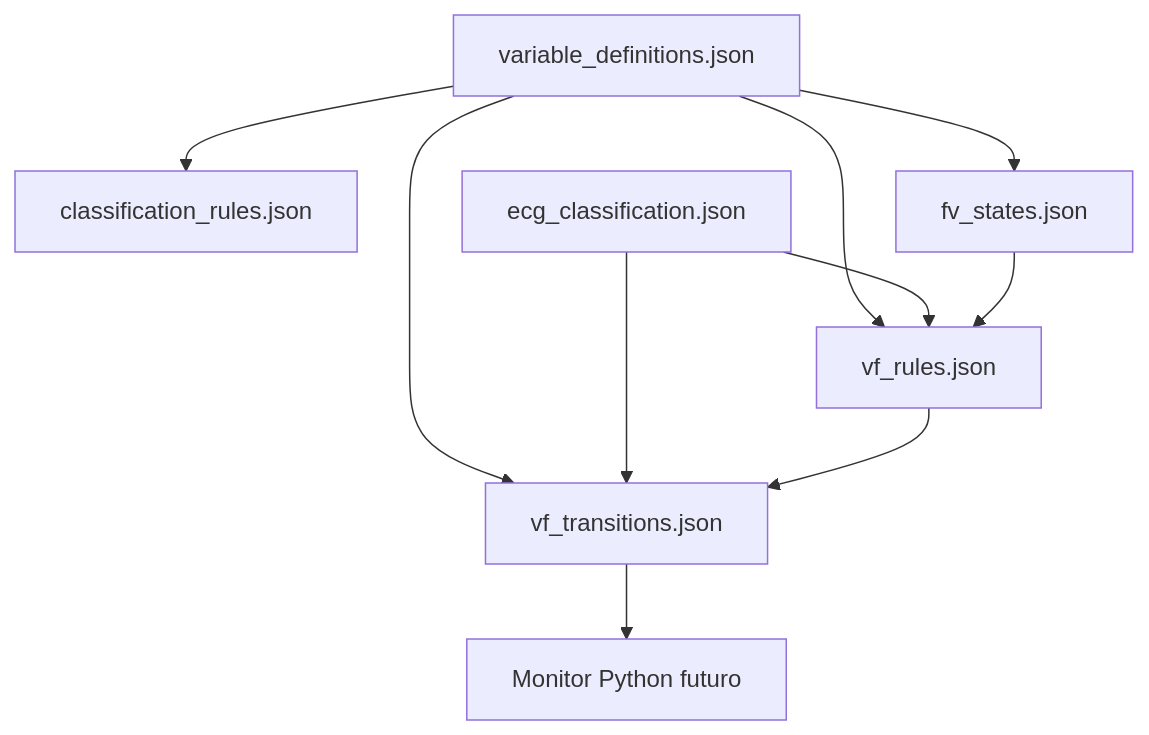
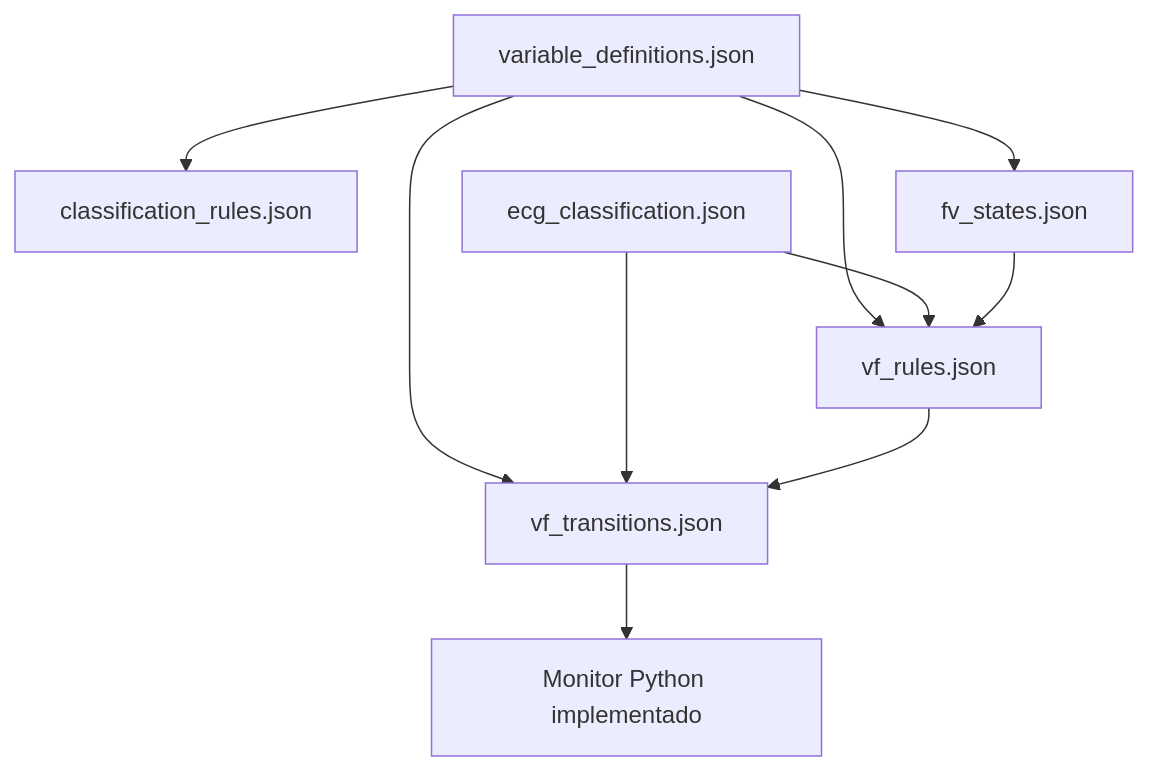
The second of 5 diagrams in docs/architecture.md (jazs-dev/AEGIS), drawn with Mermaid before and after one commit. The commit also changed other lines of this file and 5 other files, not shown here.

````diff
--- a/docs/architecture.md
+++ b/docs/architecture.md
@@ -84,12 +83,12 @@
 ```mermaid
 flowchart TD
     VD[variable_definitions.json] --> CR[classification_rules.json]
     VD --> VS[fv_states.json]
     VD --> VR[vf_rules.json]
     VD --> VT[vf_transitions.json]
     EC[ecg_classification.json] --> VR
     EC --> VT
     VS --> VR
     VR --> VT
-    VT --> MON[Monitor Python futuro]
+    VT --> MON[Monitor Python implementado]
 ```
````
